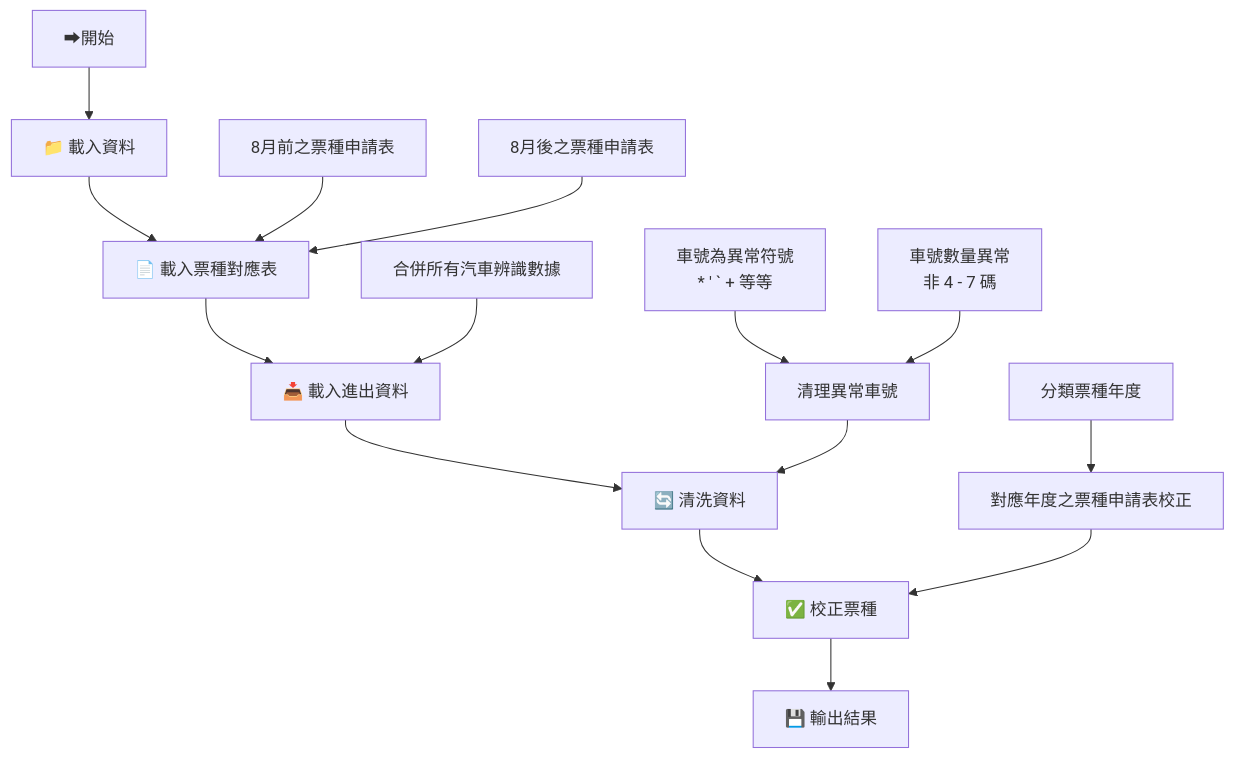
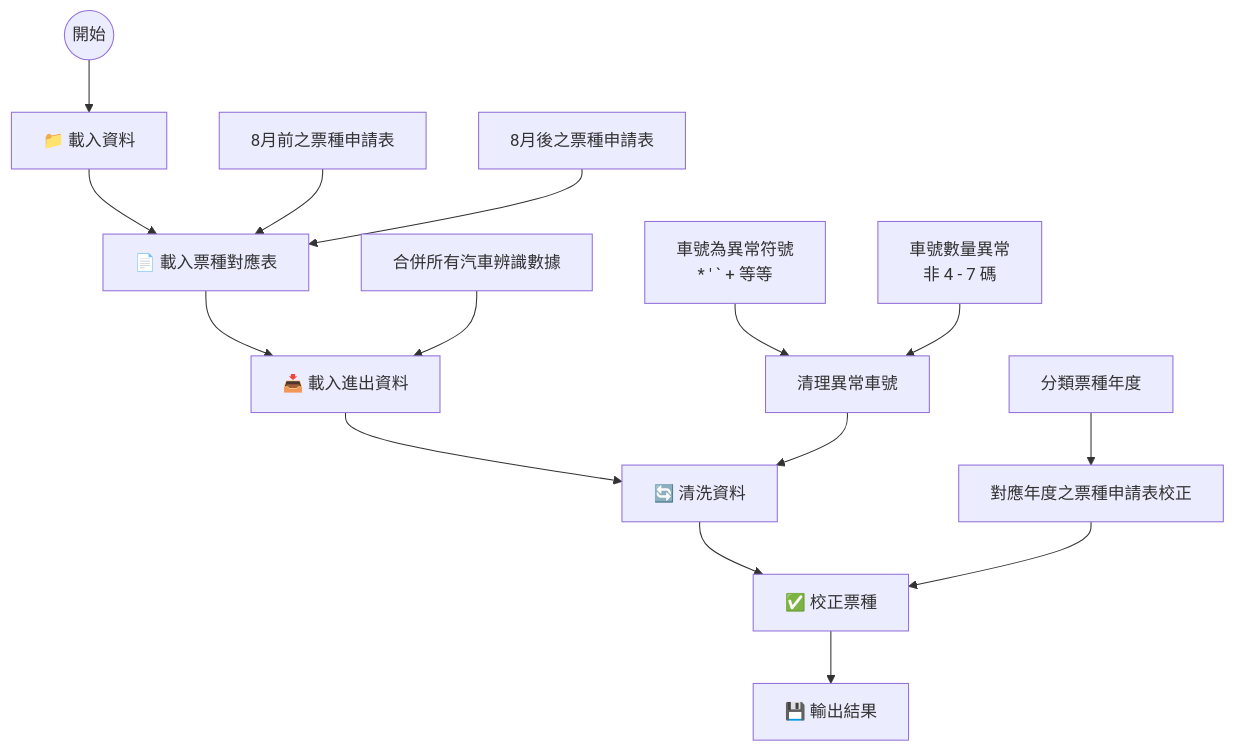
One commit to CodeToCody/Parking_ana changed the diagram in Chapter1緒論/初步清洗資料flowchart_of_analyze.md. Above: the diagram before and after it, drawn with Mermaid. The commit also changed 2 other files, not shown here.

````diff
--- a/Chapter1緒論/初步清洗資料flowchart_of_analyze.md
+++ b/Chapter1緒論/初步清洗資料flowchart_of_analyze.md
@@ -1,30 +1,30 @@
 ```mermaid
 flowchart TD
-        A[➡開始] --> B[📁 載入資料]
+        A@{ shape: circle, label: "開始" } --> B[📁 載入資料]
         B --> C[📄 載入票種對應表]
         C --> D[📥 載入進出資料]
         D --> E[🔄 清洗資料]
         E --> F[✅ 校正票種]
         F --> G[💾 輸出結果]
 
         B_Start1[ 8月前之票種申請表 ]
         B_Start2[ 8月後之票種申請表 ]
         B_Start1 --> C
         B_Start2 --> C
 
         D_Start1[ 合併所有汽車辨識數據 ]
         D_Start1 --> D
 
         E_Detail1[ 清理異常車號 ]
         E_Detail1-1[ 車號為異常符號<br/> * ' ` + 等等 ]
         E_Detail1-2[ 車號數量異常<br/>非 4 - 7 碼 ]
 
         E_Detail1-1 --> E_Detail1
         E_Detail1-2 --> E_Detail1
         E_Detail1 --> E
 
         F_Detail1[ 分類票種年度 ]
         F_Detail2[ 對應年度之票種申請表校正 ]
         F_Detail1 --> F_Detail2 --> F
 
 ```
````
